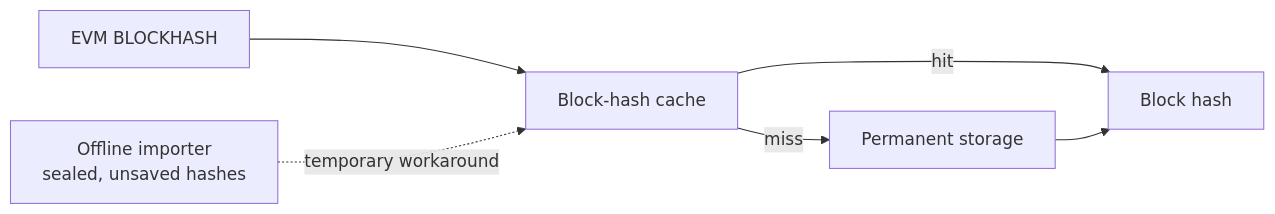
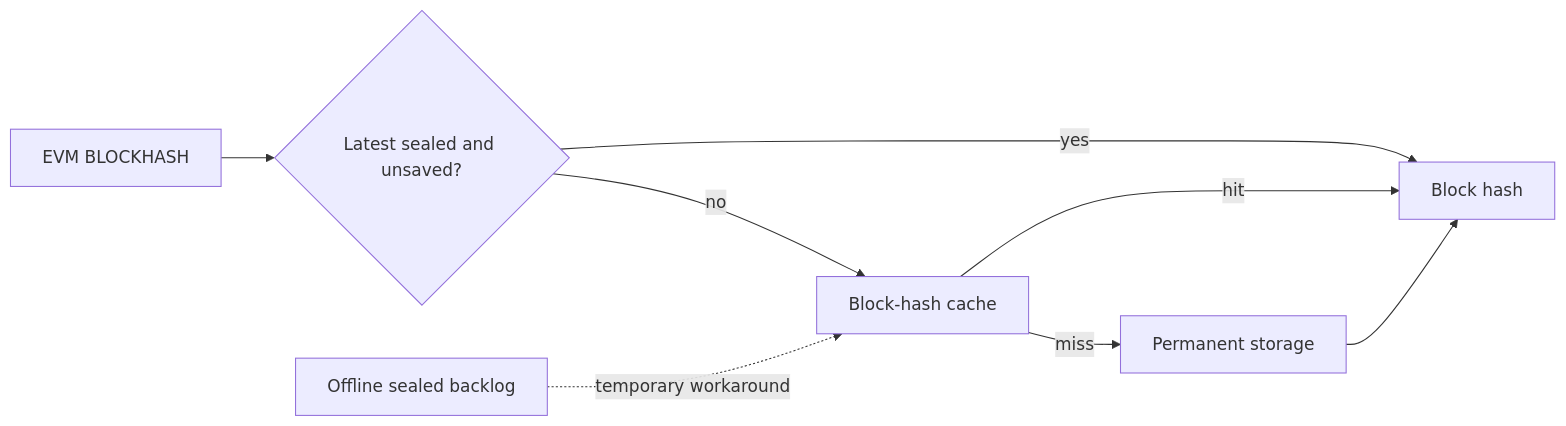
The second of 2 diagrams in docs/continuity.md (cloudwalk/stratus), drawn with Mermaid before and after one commit. The commit also changed other lines of this file, not shown here.

````diff
--- a/docs/continuity.md
+++ b/docs/continuity.md
@@ -45,9 +76,11 @@
 ```mermaid
 flowchart LR
-    EVM["EVM BLOCKHASH"] --> Cache["Block-hash cache"]
-    Cache -->|hit| Result["Block hash"]
-    Cache -->|miss| Permanent["Permanent storage"]
+    EVM["EVM BLOCKHASH"] --> TempCheck{"Latest sealed and unsaved?"}
+    TempCheck -->|"yes"| Result["Block hash"]
+    TempCheck -->|"no"| Cache["Block-hash cache"]
+    Cache -->|"hit"| Result
+    Cache -->|"miss"| Permanent["Permanent storage"]
     Permanent --> Result
 
-    Offline["Offline importer<br/>sealed, unsaved hashes"] -. "temporary workaround" .-> Cache
+    Queue["Offline sealed backlog"] -. "temporary workaround" .-> Cache
 ```
````
